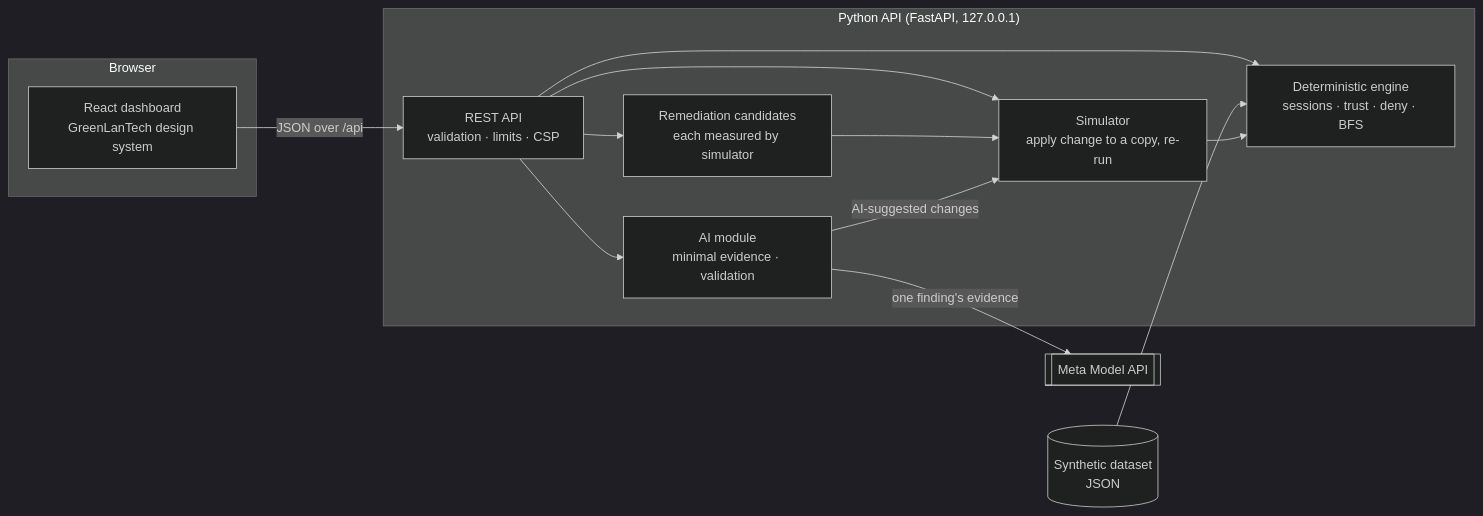
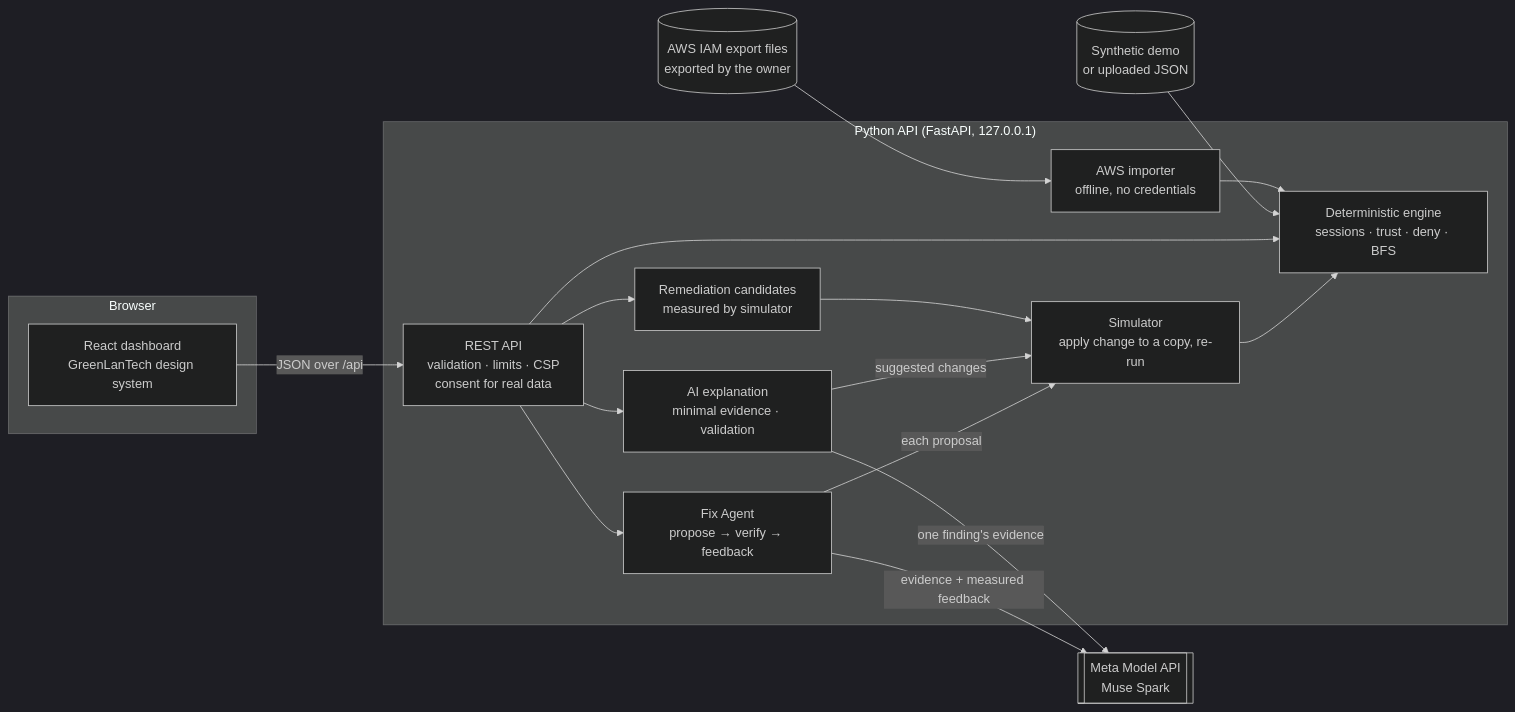
The diagram in README.md (cyber39glt/breachgraph-ai), drawn with Mermaid (dark theme) before and after one commit. The commit also changed other lines of this file and 11 other files, not shown here.

First line of the commit message:
Docs: current architecture, live Meta AI screenshots, hackathon timeline

````diff
--- a/README.md
+++ b/README.md
@@ -260,26 +266,29 @@
 ```mermaid
 flowchart LR
   subgraph Browser
     UI[React dashboard<br/>GreenLanTech design system]
   end
   subgraph Server["Python API (FastAPI, 127.0.0.1)"]
-    API[REST API<br/>validation · limits · CSP]
+    API[REST API<br/>validation · limits · CSP<br/>consent for real data]
+    IMP[AWS importer<br/>offline, no credentials]
     ENG[Deterministic engine<br/>sessions · trust · deny · BFS]
     SIM[Simulator<br/>apply change to a copy, re-run]
-    REM[Remediation candidates<br/>each measured by simulator]
-    AI[AI module<br/>minimal evidence · validation]
+    REM[Remediation candidates<br/>measured by simulator]
+    AI[AI explanation<br/>minimal evidence · validation]
+    AG[Fix Agent<br/>propose → verify → feedback]
   end
-  DATA[(Synthetic dataset<br/>JSON)]
-  META[[Meta Model API]]
+  DATA[(Synthetic demo<br/>or uploaded JSON)]
+  AWS[(AWS IAM export files<br/>exported by the owner)]
+  META[[Meta Model API<br/>Muse Spark]]
 
   UI -- JSON over /api --> API
+  AWS --> IMP --> ENG
+  DATA --> ENG
   API --> ENG
-  API --> SIM
-  API --> REM
-  API --> AI
-  DATA --> ENG
+  API --> REM --> SIM
   SIM --> ENG
-  REM --> SIM
-  AI -- "one finding's evidence" --> META
-  AI -- "AI-suggested changes" --> SIM
+  API --> AI -- "one finding's evidence" --> META
+  AI -- "suggested changes" --> SIM
+  API --> AG -- "evidence + measured feedback" --> META
+  AG -- "each proposal" --> SIM
 ```
````
